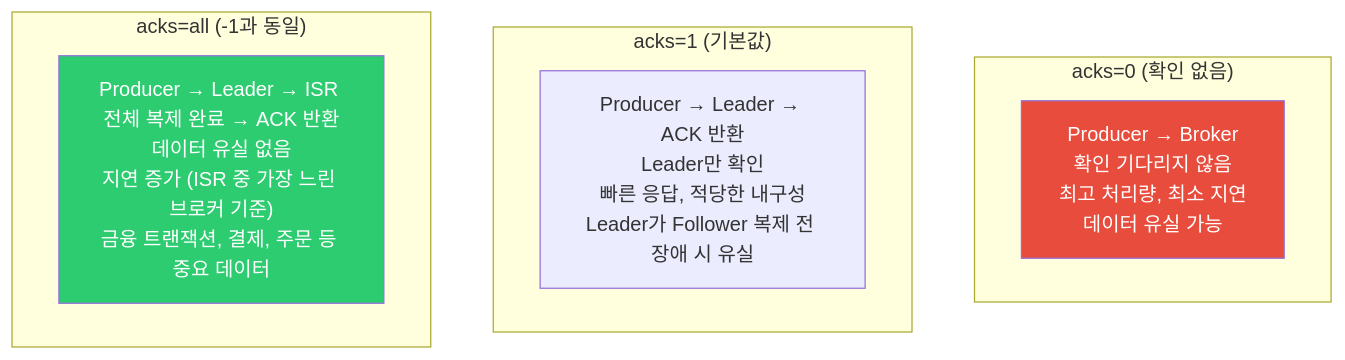
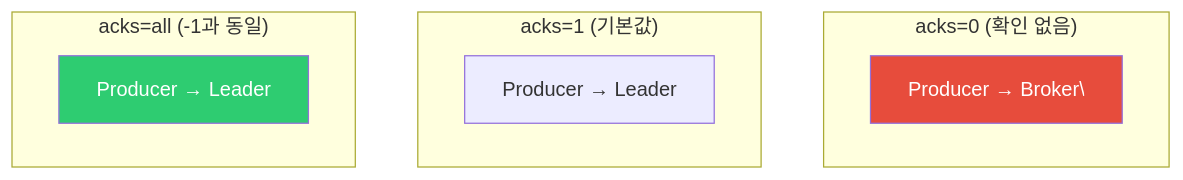
One commit to yjkim2015/yjkim2015.github.io changed the sixth of 8 diagrams in _posts/kafka/2026-05-01-kafka-replication.md. Above: the diagram before and after it, drawn with Mermaid. The commit also changed other lines of this file and 271 other files, not shown here.

First line of the commit message:
Mermaid 라벨 축소: 긴 노드 텍스트 18자 이하로 트림 + \n 제거

````diff
--- a/_posts/kafka/2026-05-01-kafka-replication.md
+++ b/_posts/kafka/2026-05-01-kafka-replication.md
@@ -194,14 +194,14 @@
 ```mermaid
 graph TD
     subgraph "acks=0 (확인 없음)"
-        Z["Producer → Broker\n확인 기다리지 않음\n최고 처리량, 최소 지연\n데이터 유실 가능"]
+        Z["Producer → Broker\"]
     end
     subgraph "acks=1 (기본값)"
-        O["Producer → Leader → ACK 반환\nLeader만 확인\n빠른 응답, 적당한 내구성\nLeader가 Follower 복제 전 장애 시 유실"]
+        O["Producer → Leader"]
     end
     subgraph "acks=all (-1과 동일)"
-        A["Producer → Leader → ISR 전체 복제 완료 → ACK 반환\n데이터 유실 없음\n지연 증가 (ISR 중 가장 느린 브로커 기준)\n금융 트랜잭션, 결제, 주문 등 중요 데이터"]
+        A["Producer → Leader"]
     end
     style Z fill:#e74c3c,color:#fff
     style A fill:#2ecc71,color:#fff
 ```
````
